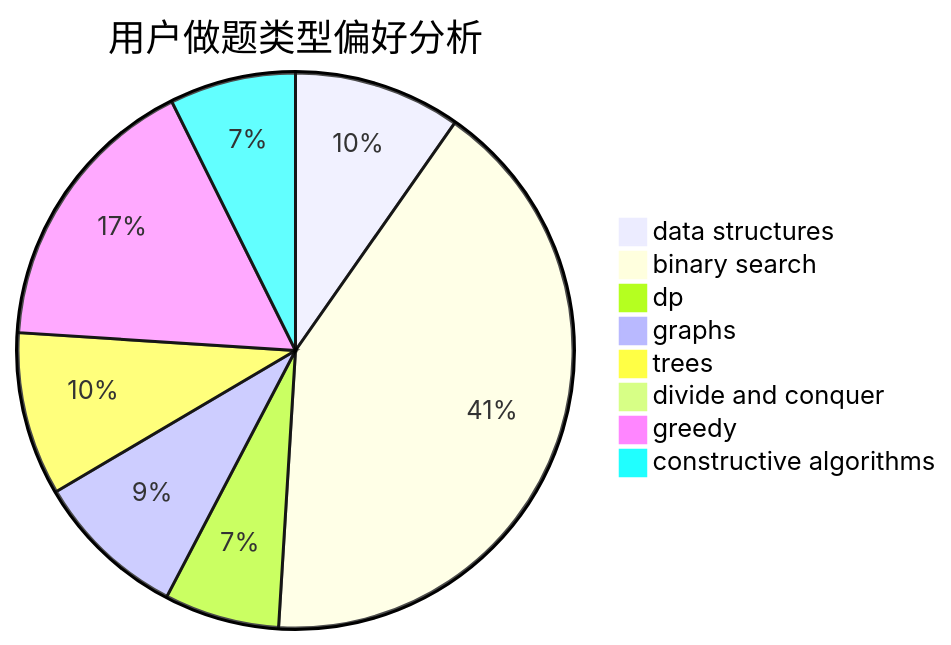
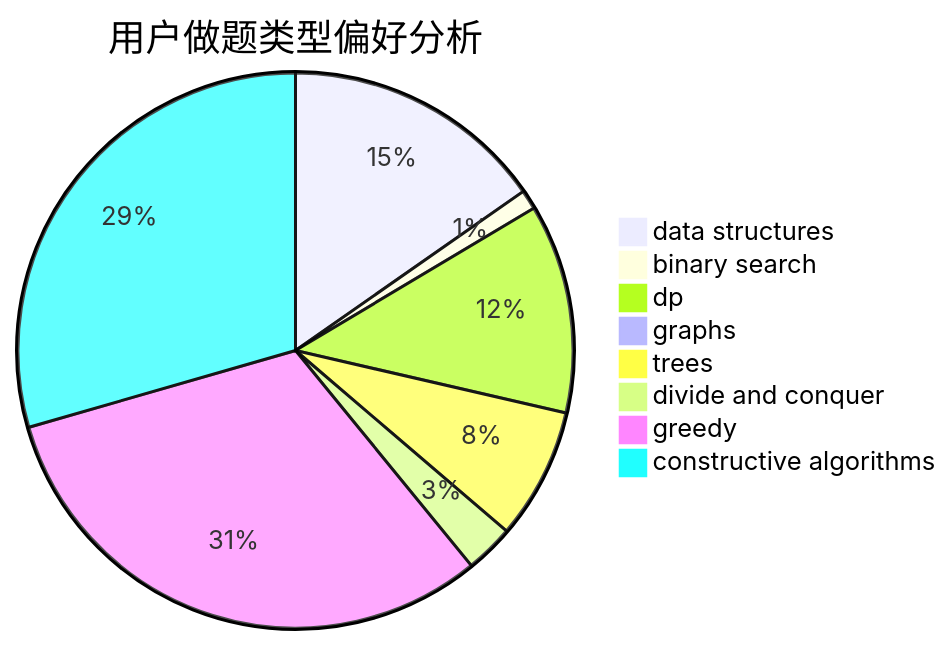
The second of 3 diagrams in docs/user/u2494.md (sherpahu/cfrs.github.io), drawn with Mermaid before and after one commit. The commit also changed other lines of this file and 2770 other files, not shown here.

````diff
--- a/docs/user/u2494.md
+++ b/docs/user/u2494.md
@@ -23,11 +23,11 @@
 ```mermaid
 pie title 用户做题类型偏好分析
-    "data structures" :  45
-    "binary search" :  191
-    "dp" :  31
-    "graphs" :  41
-    "trees" :  44
-    "divide and conquer" :  0
-    "greedy" :  77
-    "constructive algorithms" :  34
+    "data structures" :  54
+    "binary search" :  4
+    "dp" :  43
+    "graphs" :  0
+    "trees" :  27
+    "divide and conquer" :  10
+    "greedy" :  111
+    "constructive algorithms" :  104
 ```
````
